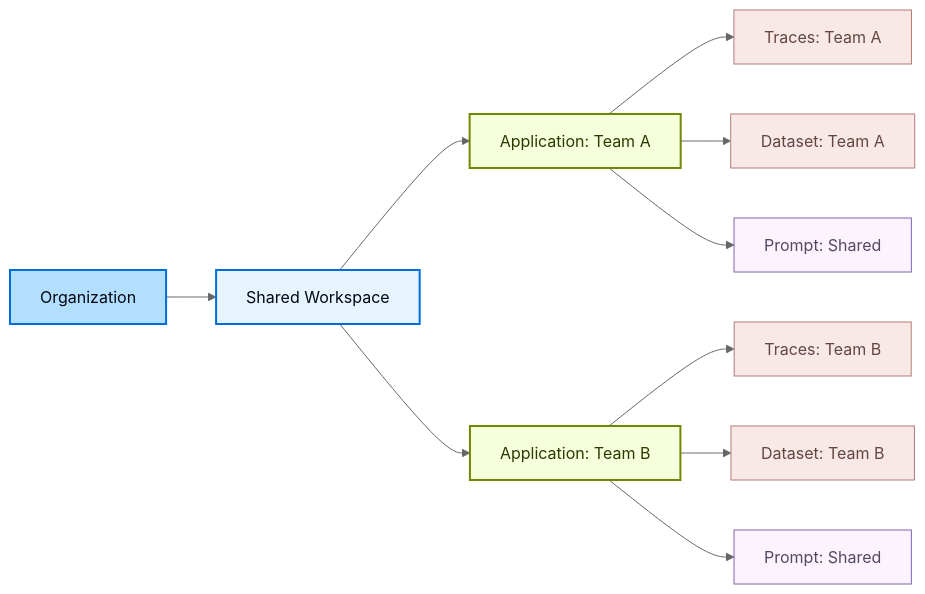
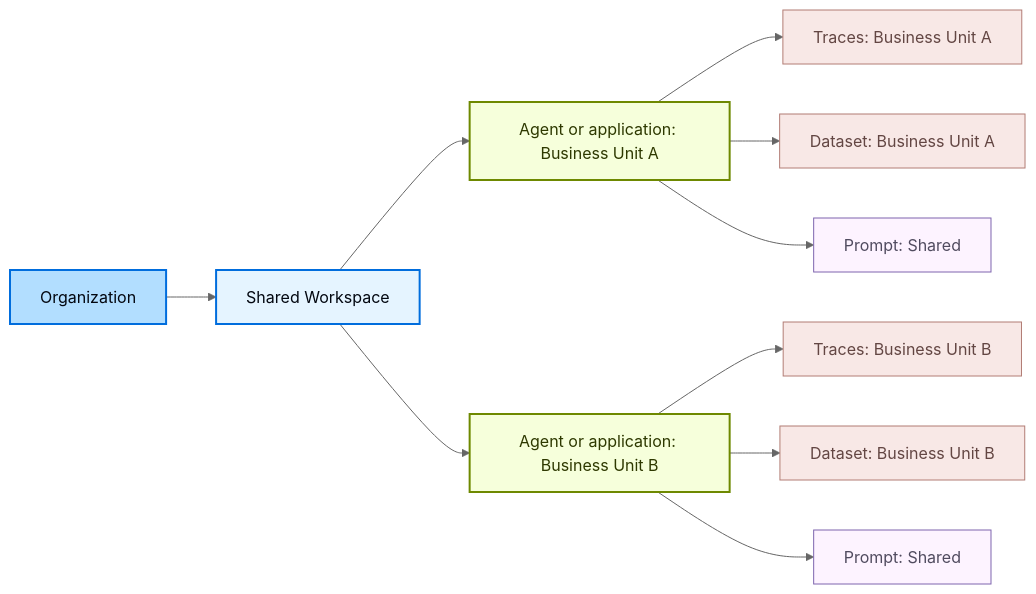
The second of 2 diagrams in build/langsmith/workload-isolation.mdx (vitaly-z/langchain-ai-docs), drawn with Mermaid (neutral theme) before and after one commit. The commit also changed other lines of this file and 4176 other files, not shown here.

````diff
--- a/build/langsmith/workload-isolation.mdx
+++ b/build/langsmith/workload-isolation.mdx
@@ -78,42 +91,42 @@
 ```mermaid actions={false}
 graph LR
     Org[Organization]
 
     WS[Shared Workspace]
 
-    AppA[Application: Team A]
-    AppB[Application: Team B]
+    AgentA[Agent or application: Business Unit A]
+    AgentB[Agent or application: Business Unit B]
 
-    TracesA[Traces: Team A]
-    DatasetA[Dataset: Team A]
+    TracesA[Traces: Business Unit A]
+    DatasetA[Dataset: Business Unit A]
     PromptA[Prompt: Shared]
 
-    TracesB[Traces: Team B]
-    DatasetB[Dataset: Team B]
+    TracesB[Traces: Business Unit B]
+    DatasetB[Dataset: Business Unit B]
     PromptB[Prompt: Shared]
 
     Org --> WS
 
-    WS --> AppA
-    WS --> AppB
+    WS --> AgentA
+    WS --> AgentB
 
-    AppA --> TracesA
-    AppA --> DatasetA
-    AppA --> PromptA
+    AgentA --> TracesA
+    AgentA --> DatasetA
+    AgentA --> PromptA
 
-    AppB --> TracesB
-    AppB --> DatasetB
-    AppB --> PromptB
+    AgentB --> TracesB
+    AgentB --> DatasetB
+    AgentB --> PromptB
 
     classDef orgStyle fill:#B2DEFF,stroke:#006DDD,stroke-width:2px,color:#030710
     classDef wsStyle fill:#E5F4FF,stroke:#006DDD,stroke-width:2px,color:#030710
     classDef appStyle fill:#F6FFDB,stroke:#6E8900,stroke-width:2px,color:#2E3900
     classDef restrictedStyle fill:#F8E8E6,stroke:#B27D75,stroke-width:1px,color:#634643
     classDef sharedStyle fill:#FDF3FF,stroke:#7E65AE,stroke-width:1px,color:#504B5F
 
     class Org orgStyle
     class WS wsStyle
-    class AppA,AppB appStyle
+    class AgentA,AgentB appStyle
     class TracesA,DatasetA,TracesB,DatasetB restrictedStyle
     class PromptA,PromptB sharedStyle
 ```
````
